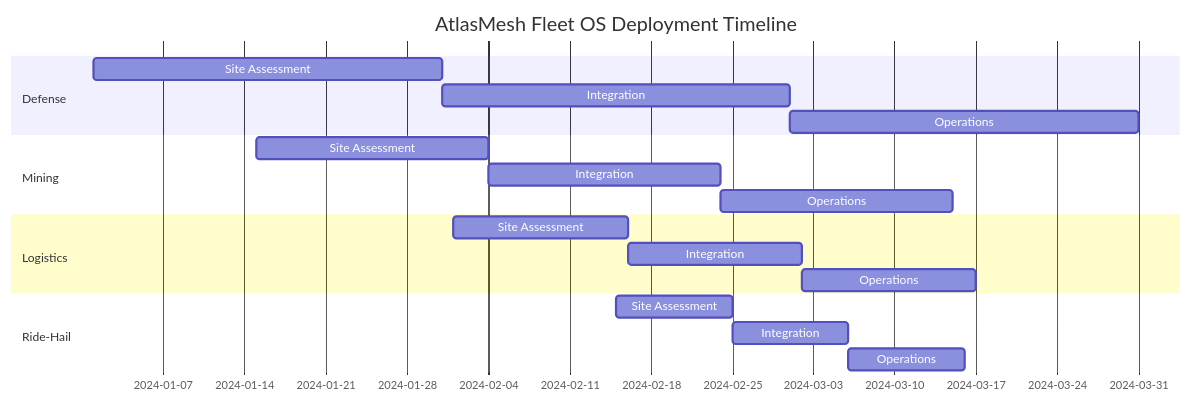
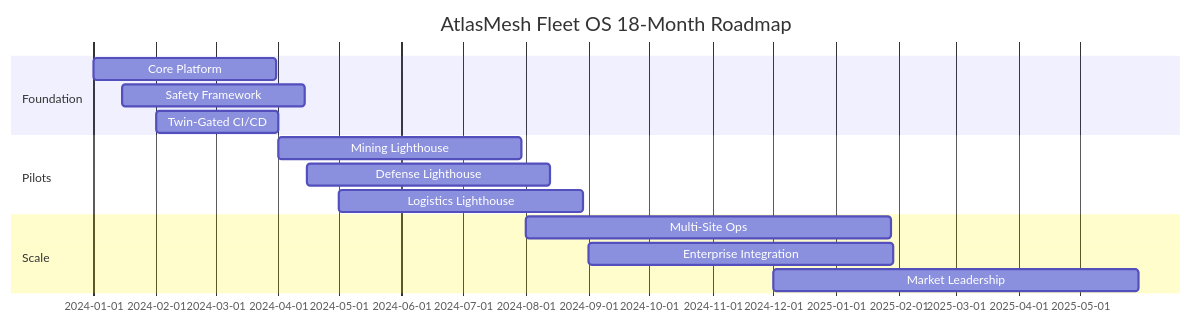
Before and after one commit to suprachakra/AtlasMesh-Fleet-OS: the third of 3 diagrams in docs/strategy/00_Problem_Statement_and_Solution_ALL_SECTORS.md, drawn with Mermaid. The commit also changed other lines of this file, not shown here.

````diff
--- a/docs/strategy/00_Problem_Statement_and_Solution_ALL_SECTORS.md
+++ b/docs/strategy/00_Problem_Statement_and_Solution_ALL_SECTORS.md
@@ -349,21 +375,17 @@
 ```mermaid
 gantt
-    title AtlasMesh Fleet OS Deployment Timeline
+    title AtlasMesh Fleet OS 18-Month Roadmap
     dateFormat  YYYY-MM-DD
-    section Defense
-    Site Assessment    :2024-01-01, 30d
-    Integration        :30d
-    Operations         :30d
-    section Mining
-    Site Assessment    :2024-01-15, 20d
-    Integration        :20d
-    Operations         :20d
-    section Logistics
-    Site Assessment    :2024-02-01, 15d
-    Integration        :15d
-    Operations         :15d
-    section Ride-Hail
-    Site Assessment    :2024-02-15, 10d
-    Integration        :10d
-    Operations         :10d
+    section Foundation
+    Core Platform        :2024-01-01, 90d
+    Safety Framework     :2024-01-15, 90d
+    Twin-Gated CI/CD    :2024-02-01, 60d
+    section Pilots
+    Mining Lighthouse   :2024-04-01, 120d
+    Defense Lighthouse  :2024-04-15, 120d
+    Logistics Lighthouse:2024-05-01, 120d
+    section Scale
+    Multi-Site Ops      :2024-08-01, 180d
+    Enterprise Integration:2024-09-01, 150d
+    Market Leadership   :2024-12-01, 180d
 ```
````
